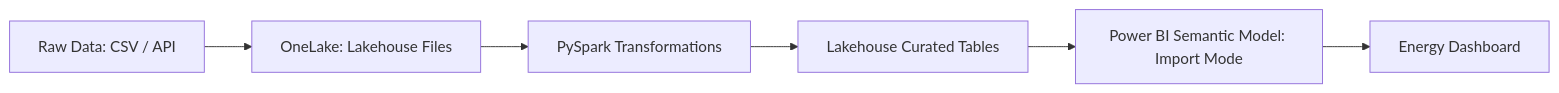
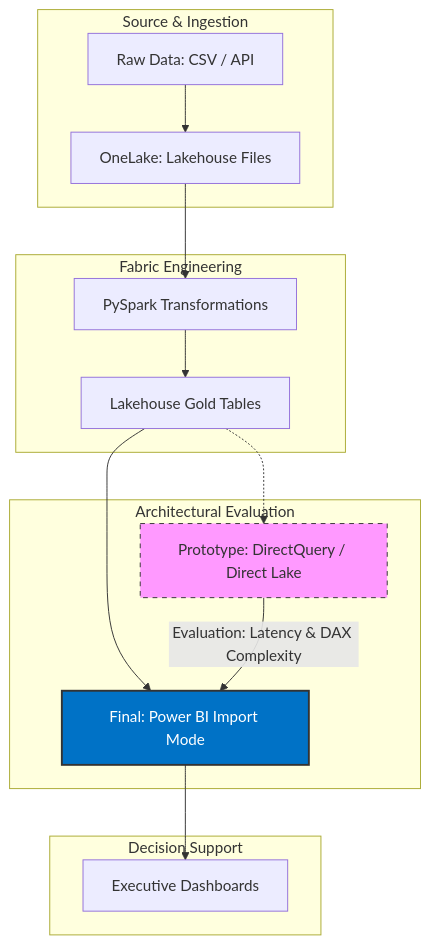
One commit to Dalbee/energy-analytics-fabric-bi changed the diagram in projects/project1-energy-bi/README.md. Above: the diagram before and after it, drawn with Mermaid. The commit also changed other lines of this file and 5 other files, not shown here.

````diff
--- a/projects/project1-energy-bi/README.md
+++ b/projects/project1-energy-bi/README.md
@@ -70,8 +71,25 @@
 ```mermaid
-flowchart LR
+flowchart TD
+    subgraph Source_Layer [Source & Ingestion]
     A[Raw Data: CSV / API] --> B[OneLake: Lakehouse Files]
+    end
+
+    subgraph Transformation_Layer [Fabric Engineering]
     B --> C[PySpark Transformations]
-    C --> D[Lakehouse Curated Tables]
-    D --> E[Power BI Semantic Model: Import Mode]
-    E --> F[Energy Dashboard]
+    C --> D[Lakehouse Gold Tables]
+    end
+
+    subgraph Architecture_Decision [Architectural Evaluation]
+    D -.-> E1[Prototype: DirectQuery / Direct Lake]
+    D --> E2[Final: Power BI Import Mode]
+    
+    E1 -- "Evaluation: Latency & DAX Complexity" --> E2
+    end
+
+    subgraph Presentation_Layer [Decision Support]
+    E2 --> F[Executive Dashboards]
+    end
+
+    style E1 fill:#f9f,stroke:#333,stroke-dasharray: 5 5
+    style E2 fill:#0072C6,stroke:#333,color:#fff,stroke-width:2px
 ```
````
